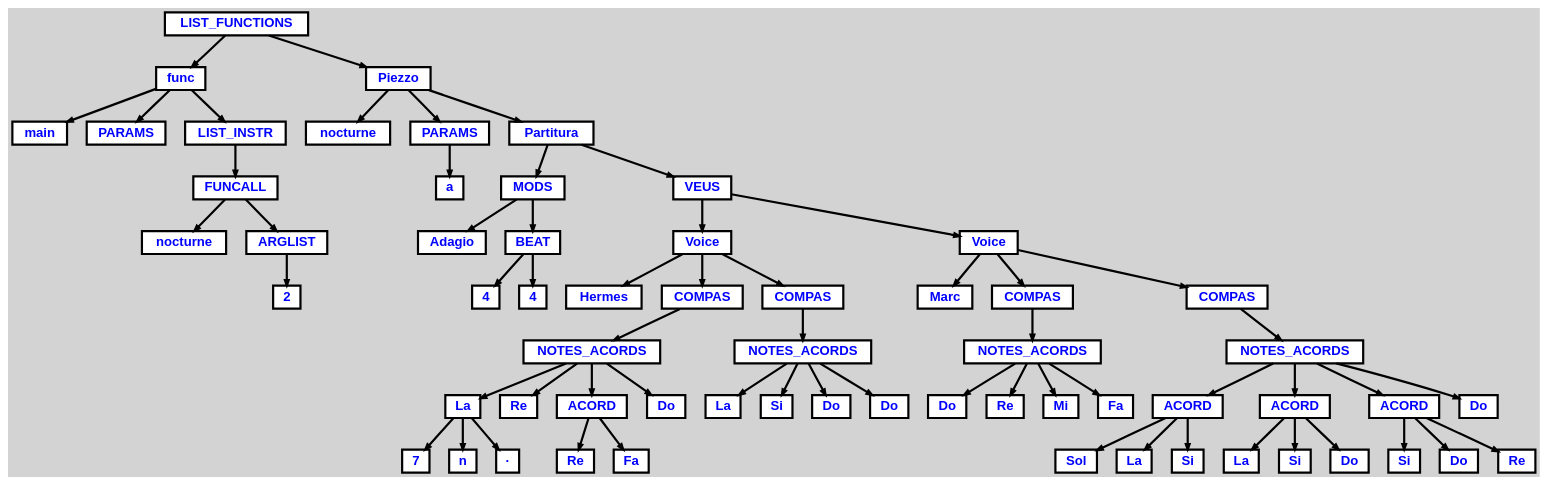
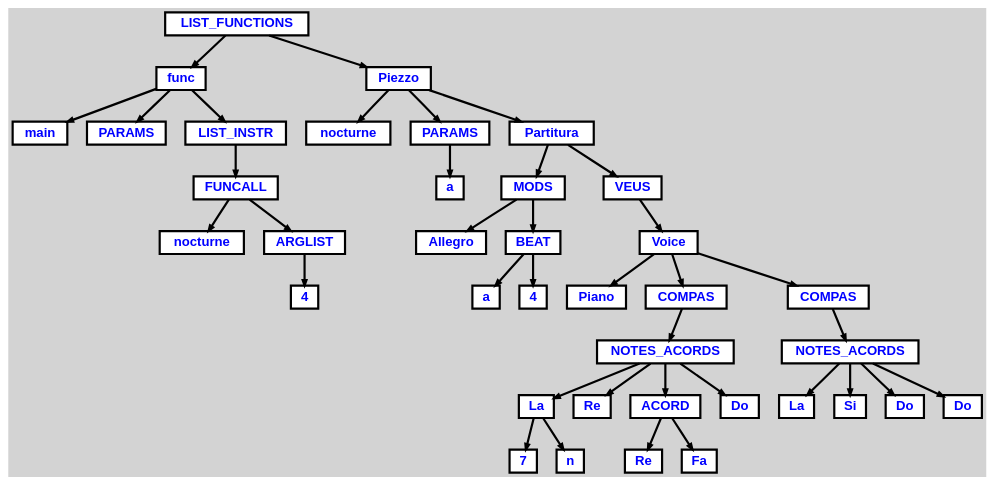
One commit to marcbenedi/MusicLanguage changed the diagram in inputs/input1.dot. Above: the diagram before and after it, drawn with Graphviz. The commit also changed 14 other files, not shown here.

```diff
--- a/inputs/input1.dot
+++ b/inputs/input1.dot
@@ -1,159 +1,103 @@
 digraph {
 
 	ordering=out;
 	ranksep=.4;
 	bgcolor="lightgrey"; node [shape=box, fixedsize=false, fontsize=12, fontname="Helvetica-bold", fontcolor="blue"
 		width=.25, height=.25, color="black", fillcolor="white", style="filled, solid, bold"];
 	edge [arrowsize=.5, color="black", style="bold"]
 
   n0 [label="LIST_FUNCTIONS"];
   n1 [label="func"];
   n1 [label="func"];
   n2 [label="main"];
   n3 [label="PARAMS"];
   n4 [label="LIST_INSTR"];
   n4 [label="LIST_INSTR"];
   n5 [label="FUNCALL"];
   n5 [label="FUNCALL"];
   n6 [label="nocturne"];
   n7 [label="ARGLIST"];
   n7 [label="ARGLIST"];
-  n8 [label="2"];
+  n8 [label="4"];
   n9 [label="Piezzo"];
   n9 [label="Piezzo"];
   n10 [label="nocturne"];
   n11 [label="PARAMS"];
   n11 [label="PARAMS"];
   n12 [label="a"];
   n13 [label="Partitura"];
   n13 [label="Partitura"];
   n14 [label="MODS"];
   n14 [label="MODS"];
-  n15 [label="Adagio"];
+  n15 [label="Allegro"];
   n16 [label="BEAT"];
   n16 [label="BEAT"];
-  n17 [label="4"];
+  n17 [label="a"];
   n18 [label="4"];
   n19 [label="VEUS"];
   n19 [label="VEUS"];
   n20 [label="Voice"];
   n20 [label="Voice"];
-  n21 [label="Hermes"];
+  n21 [label="Piano"];
   n22 [label="COMPAS"];
   n22 [label="COMPAS"];
   n23 [label="NOTES_ACORDS"];
   n23 [label="NOTES_ACORDS"];
   n24 [label="La"];
   n24 [label="La"];
   n25 [label="7"];
   n26 [label="n"];
-  n27 [label="·"];
-  n28 [label="Re"];
-  n29 [label="ACORD"];
-  n29 [label="ACORD"];
-  n30 [label="Re"];
-  n31 [label="Fa"];
-  n32 [label="Do"];
-  n33 [label="COMPAS"];
-  n33 [label="COMPAS"];
-  n34 [label="NOTES_ACORDS"];
-  n34 [label="NOTES_ACORDS"];
-  n35 [label="La"];
-  n36 [label="Si"];
+  n27 [label="Re"];
+  n28 [label="ACORD"];
+  n28 [label="ACORD"];
+  n29 [label="Re"];
+  n30 [label="Fa"];
+  n31 [label="Do"];
+  n32 [label="COMPAS"];
+  n32 [label="COMPAS"];
+  n33 [label="NOTES_ACORDS"];
+  n33 [label="NOTES_ACORDS"];
+  n34 [label="La"];
+  n35 [label="Si"];
+  n36 [label="Do"];
   n37 [label="Do"];
-  n38 [label="Do"];
-  n39 [label="Voice"];
-  n39 [label="Voice"];
-  n40 [label="Marc"];
-  n41 [label="COMPAS"];
-  n41 [label="COMPAS"];
-  n42 [label="NOTES_ACORDS"];
-  n42 [label="NOTES_ACORDS"];
-  n43 [label="Do"];
-  n44 [label="Re"];
-  n45 [label="Mi"];
-  n46 [label="Fa"];
-  n47 [label="COMPAS"];
-  n47 [label="COMPAS"];
-  n48 [label="NOTES_ACORDS"];
-  n48 [label="NOTES_ACORDS"];
-  n49 [label="ACORD"];
-  n49 [label="ACORD"];
-  n50 [label="Sol"];
-  n51 [label="La"];
-  n52 [label="Si"];
-  n53 [label="ACORD"];
-  n53 [label="ACORD"];
-  n54 [label="La"];
-  n55 [label="Si"];
-  n56 [label="Do"];
-  n57 [label="ACORD"];
-  n57 [label="ACORD"];
-  n58 [label="Si"];
-  n59 [label="Do"];
-  n60 [label="Re"];
-  n61 [label="Do"];
 
   n0 -> n1 // "LIST_FUNCTIONS" -> "func"
   n1 -> n2 // "func" -> "main"
   n1 -> n3 // "func" -> "PARAMS"
   n1 -> n4 // "func" -> "LIST_INSTR"
   n4 -> n5 // "LIST_INSTR" -> "FUNCALL"
   n5 -> n6 // "FUNCALL" -> "nocturne"
   n5 -> n7 // "FUNCALL" -> "ARGLIST"
-  n7 -> n8 // "ARGLIST" -> "2"
+  n7 -> n8 // "ARGLIST" -> "4"
   n0 -> n9 // "LIST_FUNCTIONS" -> "Piezzo"
   n9 -> n10 // "Piezzo" -> "nocturne"
   n9 -> n11 // "Piezzo" -> "PARAMS"
   n11 -> n12 // "PARAMS" -> "a"
   n9 -> n13 // "Piezzo" -> "Partitura"
   n13 -> n14 // "Partitura" -> "MODS"
-  n14 -> n15 // "MODS" -> "Adagio"
+  n14 -> n15 // "MODS" -> "Allegro"
   n14 -> n16 // "MODS" -> "BEAT"
-  n16 -> n17 // "BEAT" -> "4"
+  n16 -> n17 // "BEAT" -> "a"
   n16 -> n18 // "BEAT" -> "4"
   n13 -> n19 // "Partitura" -> "VEUS"
   n19 -> n20 // "VEUS" -> "Voice"
-  n20 -> n21 // "Voice" -> "Hermes"
+  n20 -> n21 // "Voice" -> "Piano"
   n20 -> n22 // "Voice" -> "COMPAS"
   n22 -> n23 // "COMPAS" -> "NOTES_ACORDS"
   n23 -> n24 // "NOTES_ACORDS" -> "La"
   n24 -> n25 // "La" -> "7"
   n24 -> n26 // "La" -> "n"
-  n24 -> n27 // "La" -> "·"
-  n23 -> n28 // "NOTES_ACORDS" -> "Re"
-  n23 -> n29 // "NOTES_ACORDS" -> "ACORD"
-  n29 -> n30 // "ACORD" -> "Re"
-  n29 -> n31 // "ACORD" -> "Fa"
-  n23 -> n32 // "NOTES_ACORDS" -> "Do"
-  n20 -> n33 // "Voice" -> "COMPAS"
-  n33 -> n34 // "COMPAS" -> "NOTES_ACORDS"
-  n34 -> n35 // "NOTES_ACORDS" -> "La"
-  n34 -> n36 // "NOTES_ACORDS" -> "Si"
-  n34 -> n37 // "NOTES_ACORDS" -> "Do"
-  n34 -> n38 // "NOTES_ACORDS" -> "Do"
-  n19 -> n39 // "VEUS" -> "Voice"
-  n39 -> n40 // "Voice" -> "Marc"
-  n39 -> n41 // "Voice" -> "COMPAS"
-  n41 -> n42 // "COMPAS" -> "NOTES_ACORDS"
-  n42 -> n43 // "NOTES_ACORDS" -> "Do"
-  n42 -> n44 // "NOTES_ACORDS" -> "Re"
-  n42 -> n45 // "NOTES_ACORDS" -> "Mi"
-  n42 -> n46 // "NOTES_ACORDS" -> "Fa"
-  n39 -> n47 // "Voice" -> "COMPAS"
-  n47 -> n48 // "COMPAS" -> "NOTES_ACORDS"
-  n48 -> n49 // "NOTES_ACORDS" -> "ACORD"
-  n49 -> n50 // "ACORD" -> "Sol"
-  n49 -> n51 // "ACORD" -> "La"
-  n49 -> n52 // "ACORD" -> "Si"
-  n48 -> n53 // "NOTES_ACORDS" -> "ACORD"
-  n53 -> n54 // "ACORD" -> "La"
-  n53 -> n55 // "ACORD" -> "Si"
-  n53 -> n56 // "ACORD" -> "Do"
-  n48 -> n57 // "NOTES_ACORDS" -> "ACORD"
-  n57 -> n58 // "ACORD" -> "Si"
-  n57 -> n59 // "ACORD" -> "Do"
-  n57 -> n60 // "ACORD" -> "Re"
-  n48 -> n61 // "NOTES_ACORDS" -> "Do"
+  n23 -> n27 // "NOTES_ACORDS" -> "Re"
+  n23 -> n28 // "NOTES_ACORDS" -> "ACORD"
+  n28 -> n29 // "ACORD" -> "Re"
+  n28 -> n30 // "ACORD" -> "Fa"
+  n23 -> n31 // "NOTES_ACORDS" -> "Do"
+  n20 -> n32 // "Voice" -> "COMPAS"
+  n32 -> n33 // "COMPAS" -> "NOTES_ACORDS"
+  n33 -> n34 // "NOTES_ACORDS" -> "La"
+  n33 -> n35 // "NOTES_ACORDS" -> "Si"
+  n33 -> n36 // "NOTES_ACORDS" -> "Do"
+  n33 -> n37 // "NOTES_ACORDS" -> "Do"
 
 }
```
